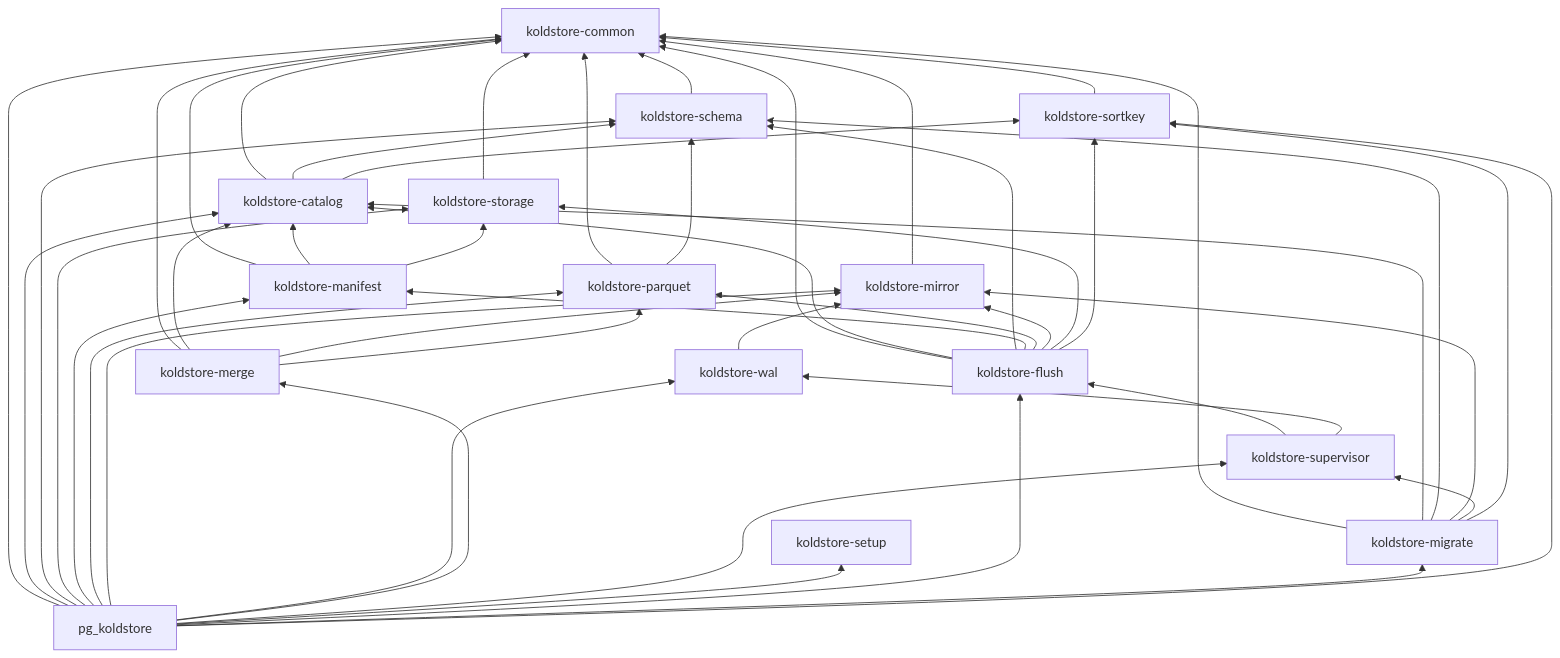
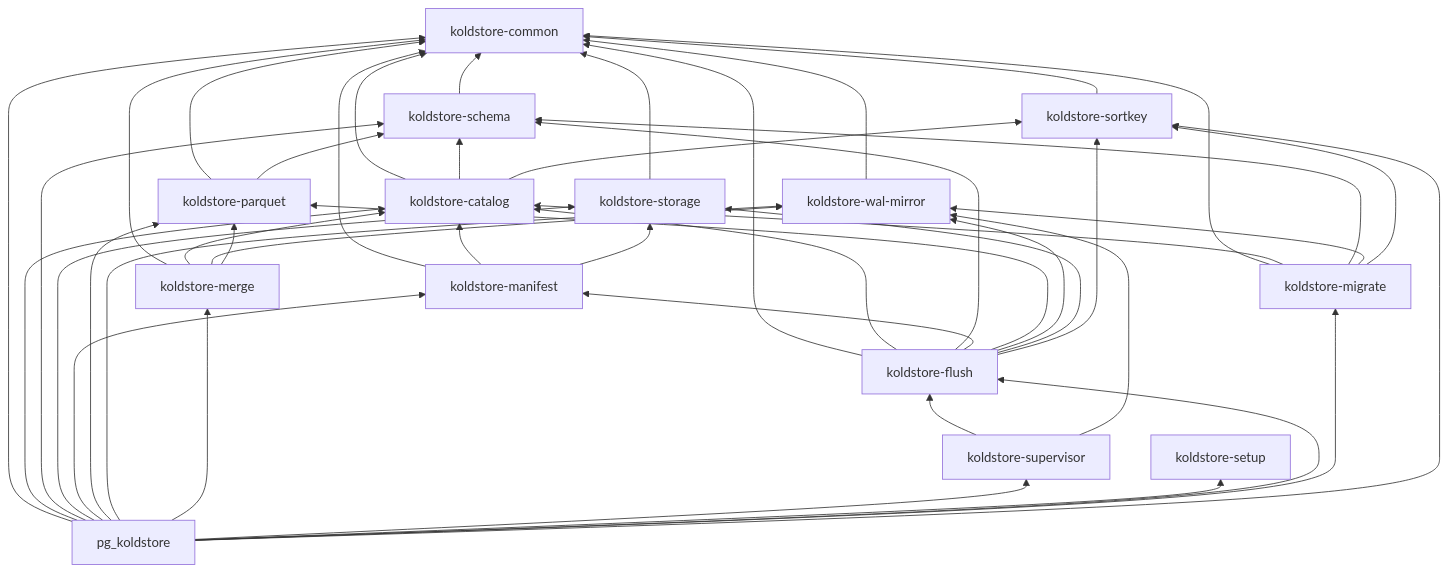
Before and after one commit to kalamdb/koldstore: the diagram in docs/architecture/crate-architecture.md, drawn with Mermaid. The commit also changed other lines of this file and 91 other files, not shown here.

First line of the commit message:
refactor: merge wal+mirror into one crate and thin pg adapters

````diff
--- a/docs/architecture/crate-architecture.md
+++ b/docs/architecture/crate-architecture.md
@@ -75,66 +76,62 @@
 ```mermaid
 flowchart BT
     common[koldstore-common]
     sortkey[koldstore-sortkey]
     catalog[koldstore-catalog]
     schema[koldstore-schema]
     storage[koldstore-storage]
     parquet[koldstore-parquet]
     manifest[koldstore-manifest]
-    mirror[koldstore-mirror]
-    wal[koldstore-wal]
+    mirror[koldstore-wal-mirror]
     merge[koldstore-merge]
     setup[koldstore-setup]
     flush[koldstore-flush]
     supervisor[koldstore-supervisor]
     migrate[koldstore-migrate]
     pg[pg_koldstore]
 
     sortkey --> common
     catalog --> common
     catalog --> schema
     catalog --> sortkey
     schema --> common
     storage --> common
     parquet --> common
     parquet --> schema
     manifest --> common
     manifest --> catalog
     manifest --> storage
     mirror --> common
-    wal --> mirror
     merge --> common
     merge --> catalog
     merge --> mirror
     merge --> parquet
     flush --> common
     flush --> catalog
     flush --> schema
     flush --> manifest
     flush --> parquet
     flush --> mirror
     flush --> storage
     flush --> sortkey
     supervisor --> flush
-    supervisor --> wal
+    supervisor --> mirror
     migrate --> common
     migrate --> catalog
     migrate --> schema
     migrate --> mirror
-    migrate --> supervisor
     migrate --> sortkey
     pg --> common
     pg --> catalog
     pg --> schema
     pg --> storage
     pg --> manifest
     pg --> parquet
     pg --> mirror
-    pg --> wal
     pg --> merge
     pg --> supervisor
     pg --> setup
     pg --> flush
     pg --> migrate
     pg --> sortkey
 ```
````
